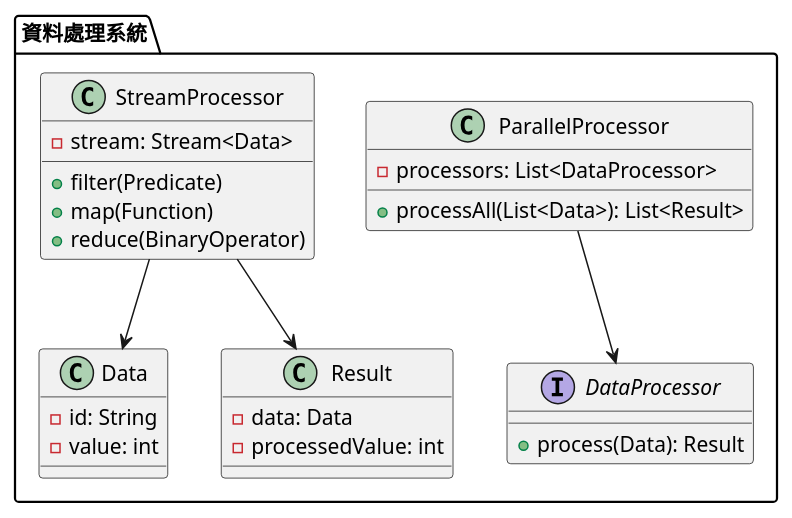
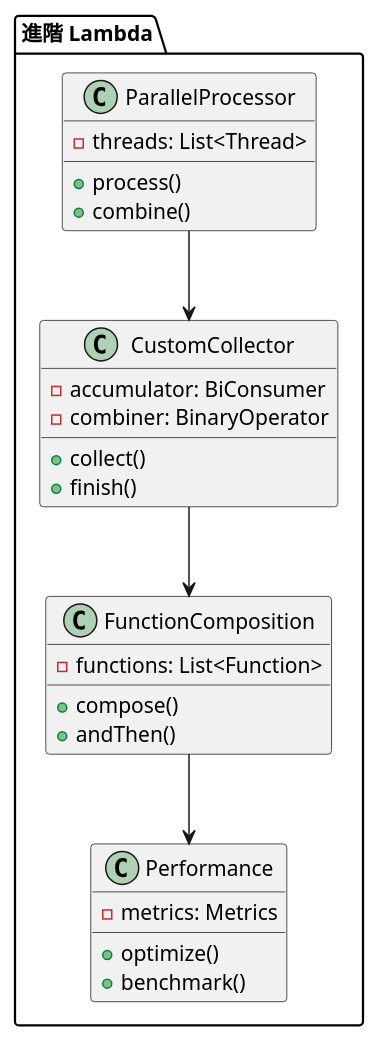
The third of 3 diagrams in doc/learning/lib/java_lambda_tutorial.md (fine5351/info-sync), drawn with PlantUML before and after one commit. The commit also changed other lines of this file and 5 other files, not shown here.

````diff
--- a/doc/learning/lib/java_lambda_tutorial.md
+++ b/doc/learning/lib/java_lambda_tutorial.md
@@ -225,35 +227,34 @@
 ```plantuml
 @startuml
-package "資料處理系統" {
-    interface DataProcessor {
-        + process(Data): Result
+package "進階 Lambda" {
+    class ParallelProcessor {
+        - threads: List<Thread>
+        + process()
+        + combine()
     }
     
-    class ParallelProcessor {
-        - processors: List<DataProcessor>
-        + processAll(List<Data>): List<Result>
+    class CustomCollector {
+        - accumulator: BiConsumer
+        - combiner: BinaryOperator
+        + collect()
+        + finish()
     }
     
-    class StreamProcessor {
-        - stream: Stream<Data>
-        + filter(Predicate)
-        + map(Function)
-        + reduce(BinaryOperator)
+    class FunctionComposition {
+        - functions: List<Function>
+        + compose()
+        + andThen()
     }
     
-    class Data {
-        - id: String
-        - value: int
-    }
-    
-    class Result {
-        - data: Data
-        - processedValue: int
+    class Performance {
+        - metrics: Metrics
+        + optimize()
+        + benchmark()
     }
 }
 
-ParallelProcessor --> DataProcessor
-StreamProcessor --> Data
-StreamProcessor --> Result
+ParallelProcessor --> CustomCollector
+CustomCollector --> FunctionComposition
+FunctionComposition --> Performance
 @enduml
 ```
````
